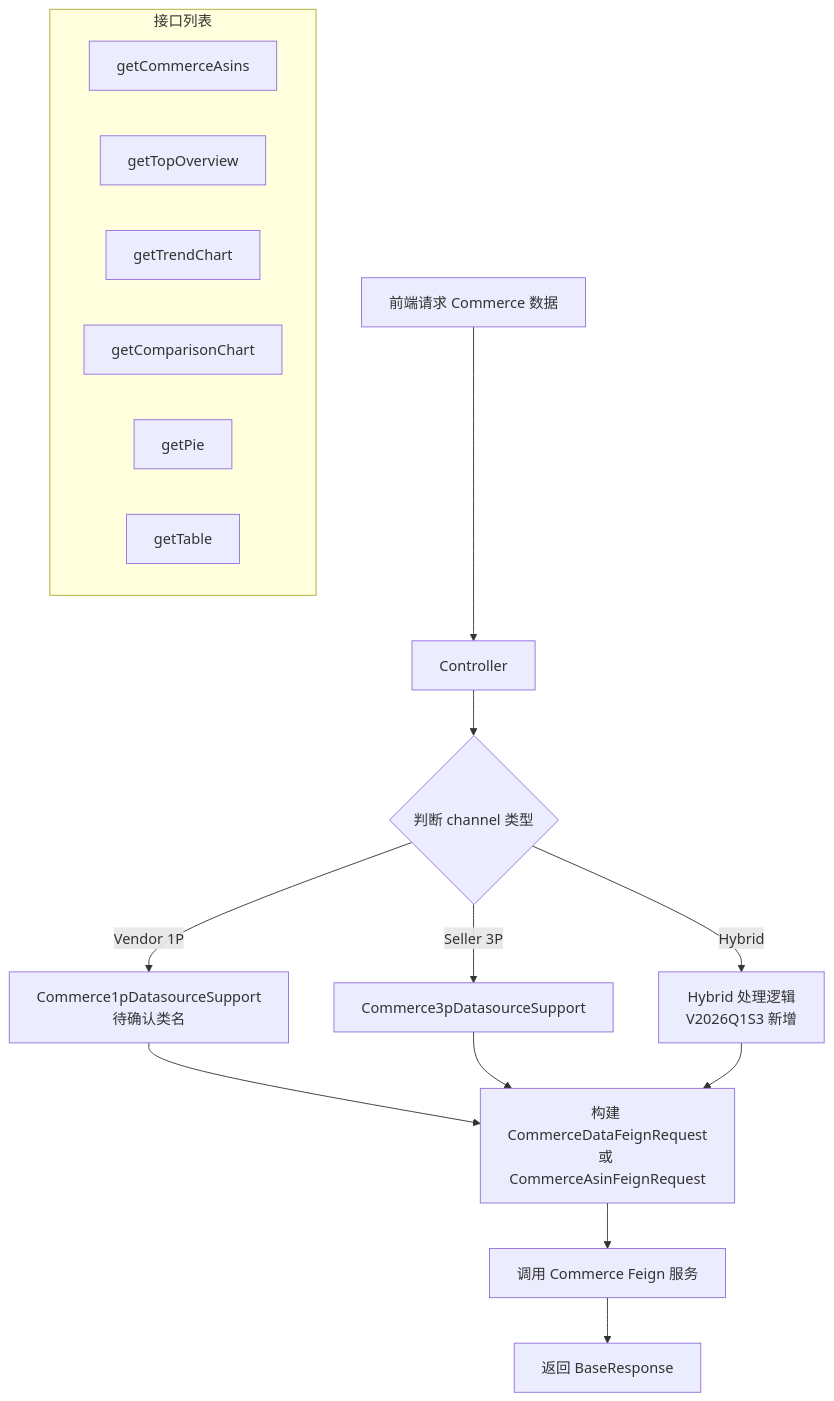
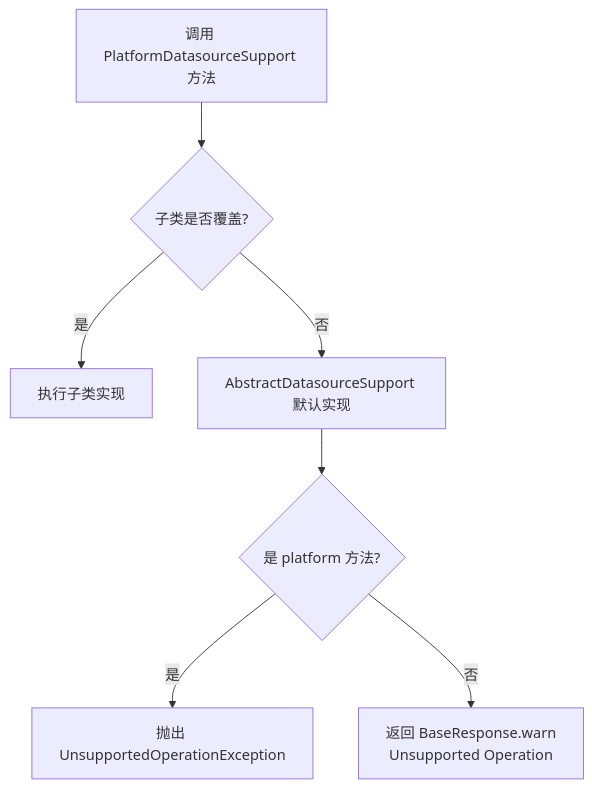
Before and after one commit to suoweiwei-pacvue/document-automation: the fourth of 7 diagrams in output/04-data-source.md, drawn with Mermaid. The commit also changed other lines of this file and 55 other files, not shown here.

````diff
--- a/output/04-data-source.md
+++ b/output/04-data-source.md
@@ -396,25 +469,9 @@
 ```mermaid
 flowchart TD
-    A[前端请求 Commerce 数据] --> B[Controller]
-    B --> C{判断 channel 类型}
-    
-    C -->|Vendor 1P| D[Commerce1pDatasourceSupport<br/>待确认类名]
-    C -->|Seller 3P| E[Commerce3pDatasourceSupport]
-    C -->|Hybrid| F[Hybrid 处理逻辑<br/>V2026Q1S3 新增]
-    
-    D --> G[构建 CommerceDataFeignRequest<br/>或 CommerceAsinFeignRequest]
-    E --> G
-    F --> G
-    
-    G --> H[调用 Commerce Feign 服务]
-    H --> I[返回 BaseResponse]
-    
-    subgraph 接口列表
-        J[getCommerceAsins]
-        K[getTopOverview]
-        L[getTrendChart]
-        M[getComparisonChart]
-        N[getPie]
-        O[getTable]
-    end
+    A[调用 PlatformDatasourceSupport 方法] --> B{子类是否覆盖?}
+    B -->|是| C[执行子类实现]
+    B -->|否| D[AbstractDatasourceSupport 默认实现]
+    D --> E{是 platform 方法?}
+    E -->|是| F[抛出 UnsupportedOperationException]
+    E -->|否| G[返回 BaseResponse.warn<br/>Unsupported Operation]
 ```
````
